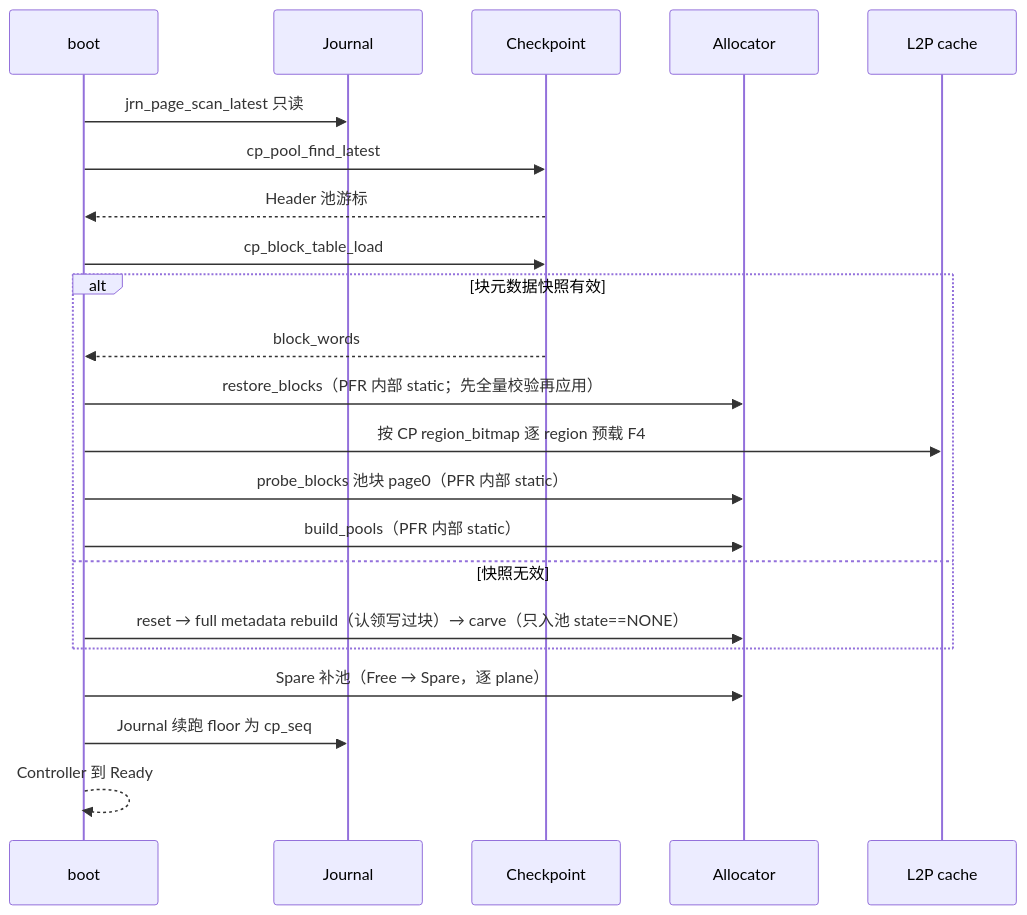
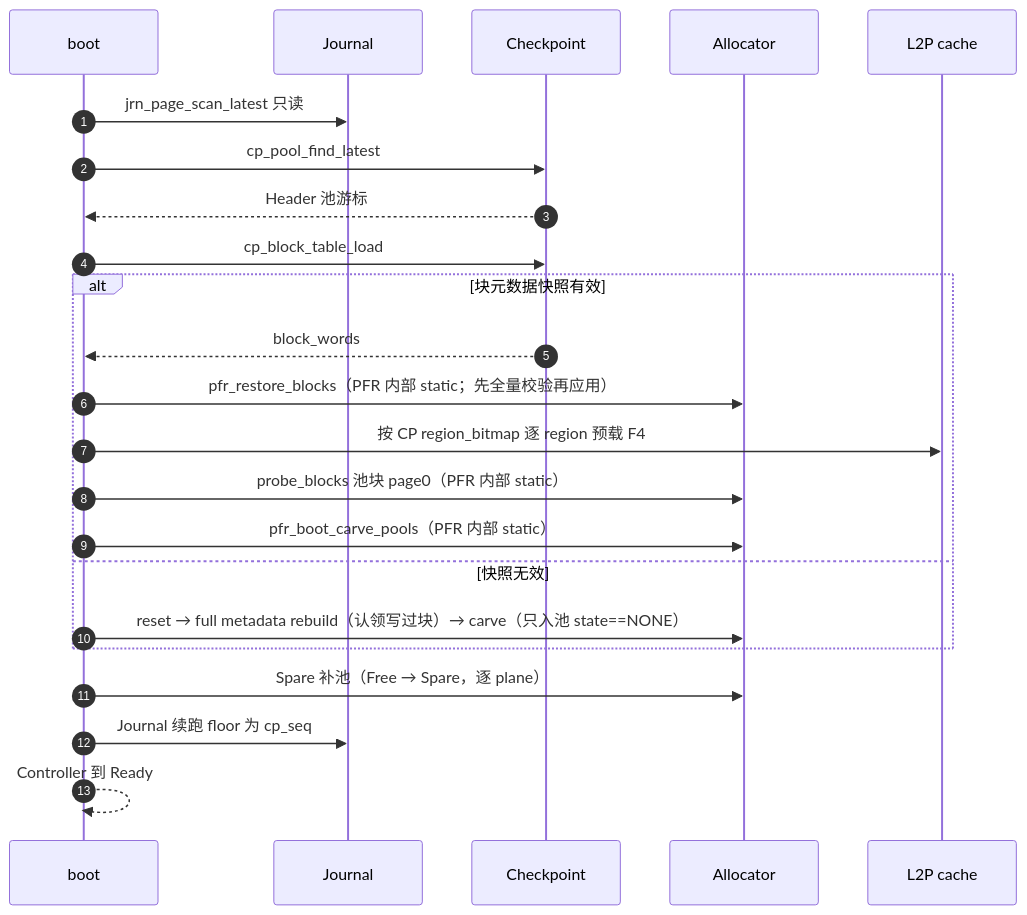
One commit to YzYMIAO/BASESSD changed diagram 42 of 50 in docs/design/ftl_design.md. Above: the diagram before and after it, drawn with Mermaid. The commit also changed other lines of this file and 42 other files, not shown here.

````diff
--- a/docs/design/ftl_design.md
+++ b/docs/design/ftl_design.md
@@ -4472,25 +4773,26 @@
 ```mermaid
 sequenceDiagram
  participant B as boot
+    autonumber
  participant J as Journal
  participant C as Checkpoint
  participant A as Allocator
  participant L as L2P cache
 
  B->>J: jrn_page_scan_latest 只读
  B->>C: cp_pool_find_latest
  C-->>B: Header 池游标
  B->>C: cp_block_table_load
  alt 块元数据快照有效
   C-->>B: block_words
-  B->>A: restore_blocks（PFR 内部 static；先全量校验再应用）
+  B->>A: pfr_restore_blocks（PFR 内部 static；先全量校验再应用）
   B->>L: 按 CP region_bitmap 逐 region 预载 F4
   B->>A: probe_blocks 池块 page0（PFR 内部 static）
-  B->>A: build_pools（PFR 内部 static）
+  B->>A: pfr_boot_carve_pools（PFR 内部 static）
  else 快照无效
   B->>A: reset → full metadata rebuild（认领写过块）→ carve（只入池 state==NONE）
  end
  B->>A: Spare 补池（Free → Spare，逐 plane）
  B->>J: Journal 续跑 floor 为 cp_seq
  B-->>B: Controller 到 Ready
 ```
````
